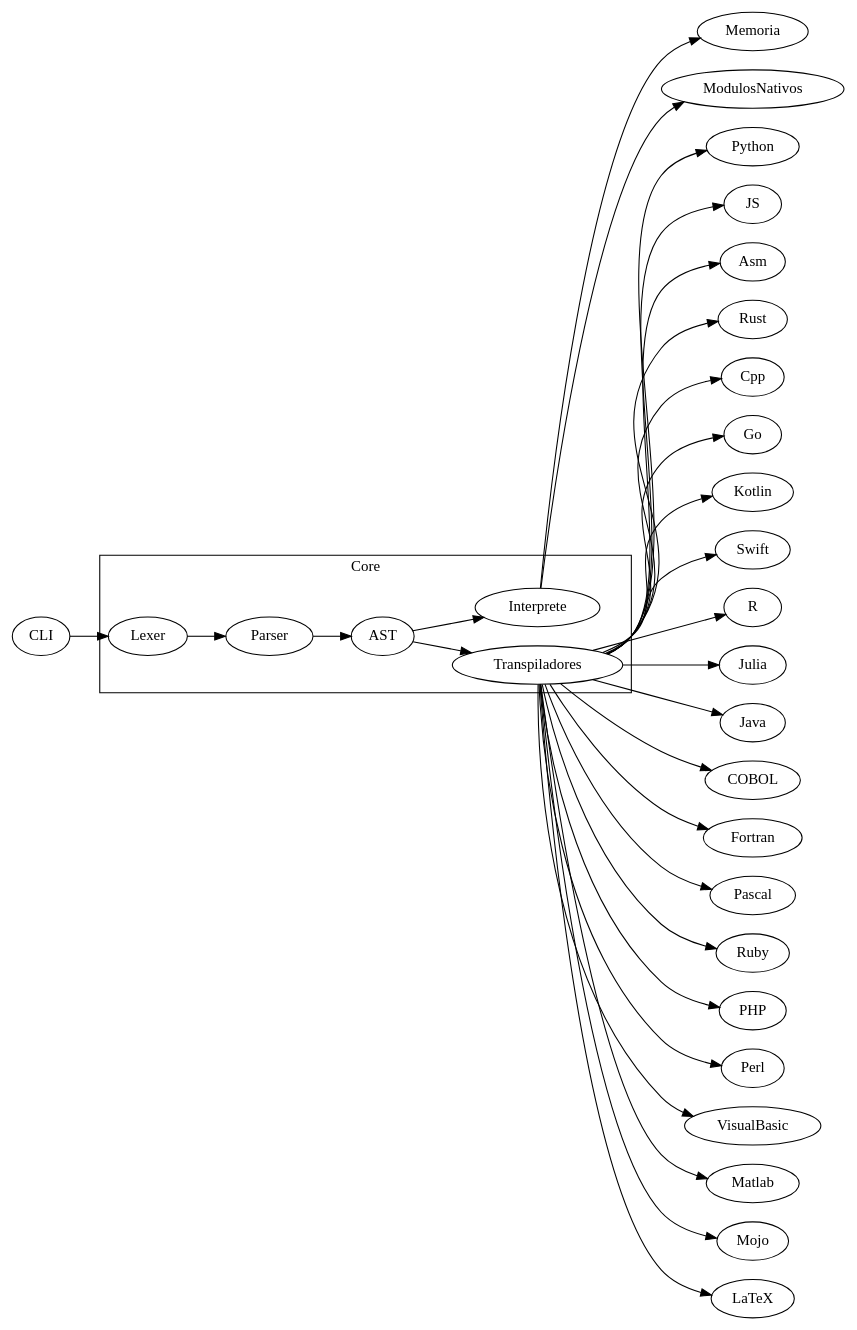
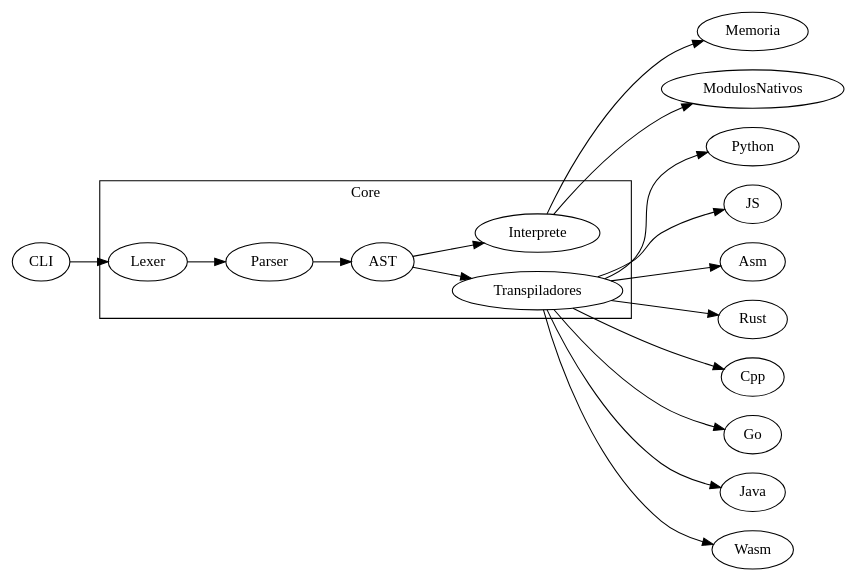
The diagram in docs/frontend/arquitectura.rst (Alphonsus411/pCobra), drawn with Graphviz before and after one commit. The commit also changed other lines of this file and 13 other files, not shown here.

```diff
--- a/docs/frontend/arquitectura.rst
+++ b/docs/frontend/arquitectura.rst
@@ -51,16 +51,16 @@
 .. graphviz::
    :caption: Relación entre los módulos
 
    digraph cobra {
        rankdir=LR;
        subgraph cluster_core {
            label="Core";
            Lexer -> Parser -> AST;
            AST -> Interprete;
            AST -> Transpiladores;
        }
        CLI -> Lexer;
    Interprete -> Memoria;
    Interprete -> ModulosNativos;
-   Transpiladores -> {Python JS Asm Rust Cpp Go Kotlin Swift R Julia Java COBOL Fortran Pascal Ruby PHP Perl VisualBasic Matlab Mojo LaTeX};
+   Transpiladores -> {Python JS Asm Rust Cpp Go Java Wasm};
    }
```
